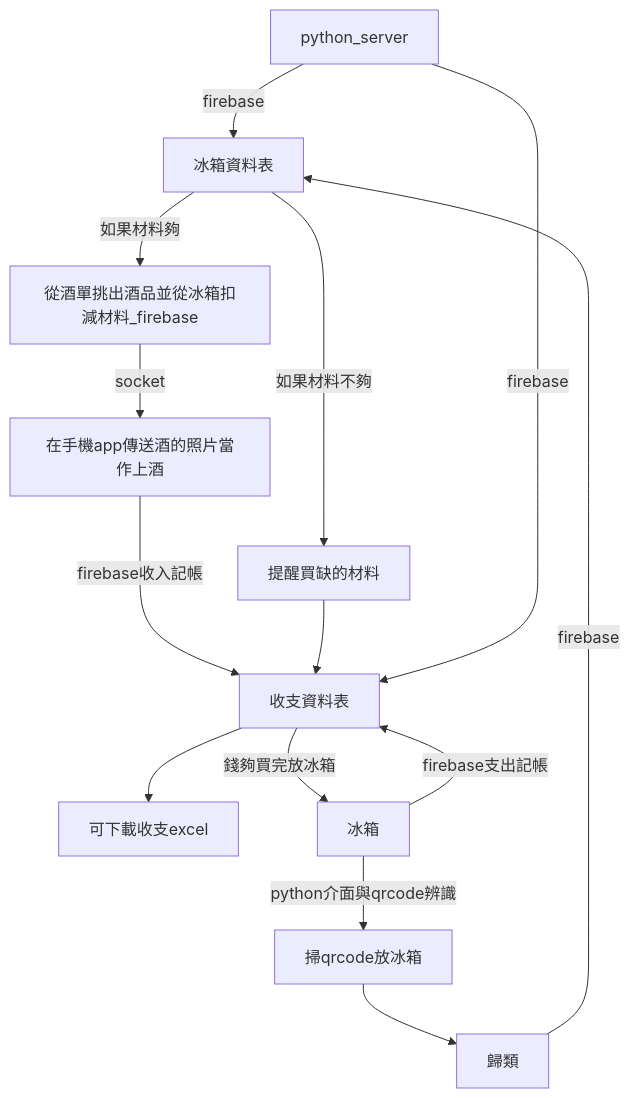
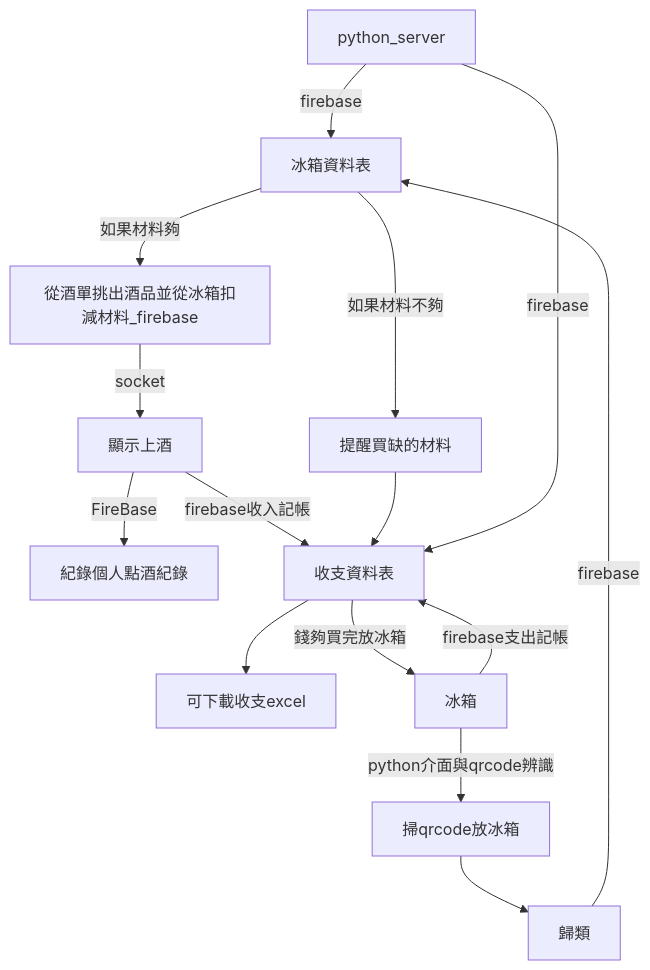
One commit to huskyncu/Bar_Project changed the third of 3 diagrams in README.md. Above: the diagram before and after it, drawn with Mermaid. The commit also changed other lines of this file, not shown here.

````diff
--- a/README.md
+++ b/README.md
@@ -82,10 +94,11 @@
 ```mermaid
 graph TD
-冰箱資料表-->|如果材料夠|從酒單挑出酒品並從冰箱扣減材料_firebase-->|socket|在手機app傳送酒的照片當作上酒--->|firebase收入記帳|收支資料表;
+冰箱資料表-->|如果材料夠|從酒單挑出酒品並從冰箱扣減材料_firebase-->|socket|顯示上酒-->|FireBase|紀錄個人點酒紀錄;
+顯示上酒-->|firebase收入記帳|收支資料表;
 收支資料表-->可下載收支excel;
 python_server-->|firebase|冰箱資料表-->|如果材料不夠|提醒買缺的材料-->收支資料表-->|錢夠買完放冰箱|冰箱;
 python_server-->|firebase|收支資料表
 冰箱-->|python介面與qrcode辨識|掃qrcode放冰箱-->歸類-->|firebase|冰箱資料表;
 
 冰箱-->|firebase支出記帳|收支資料表
 ```
````
